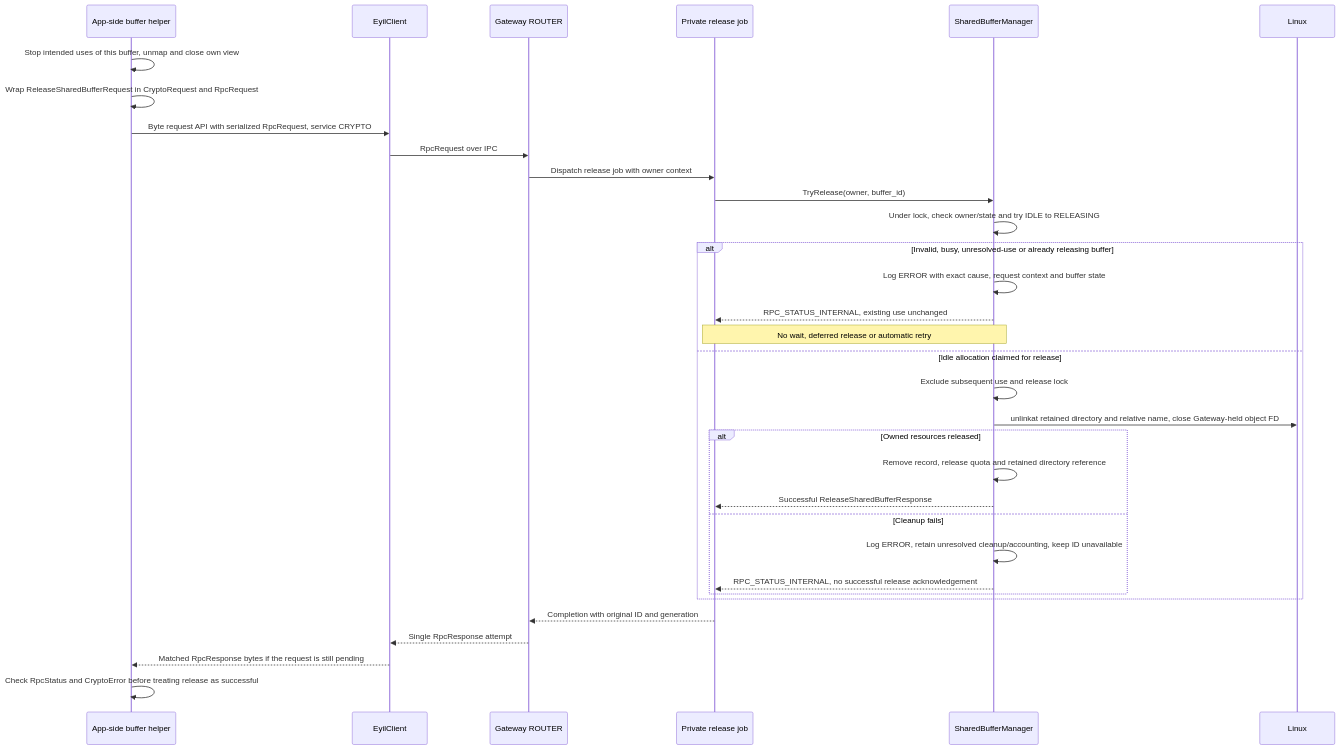
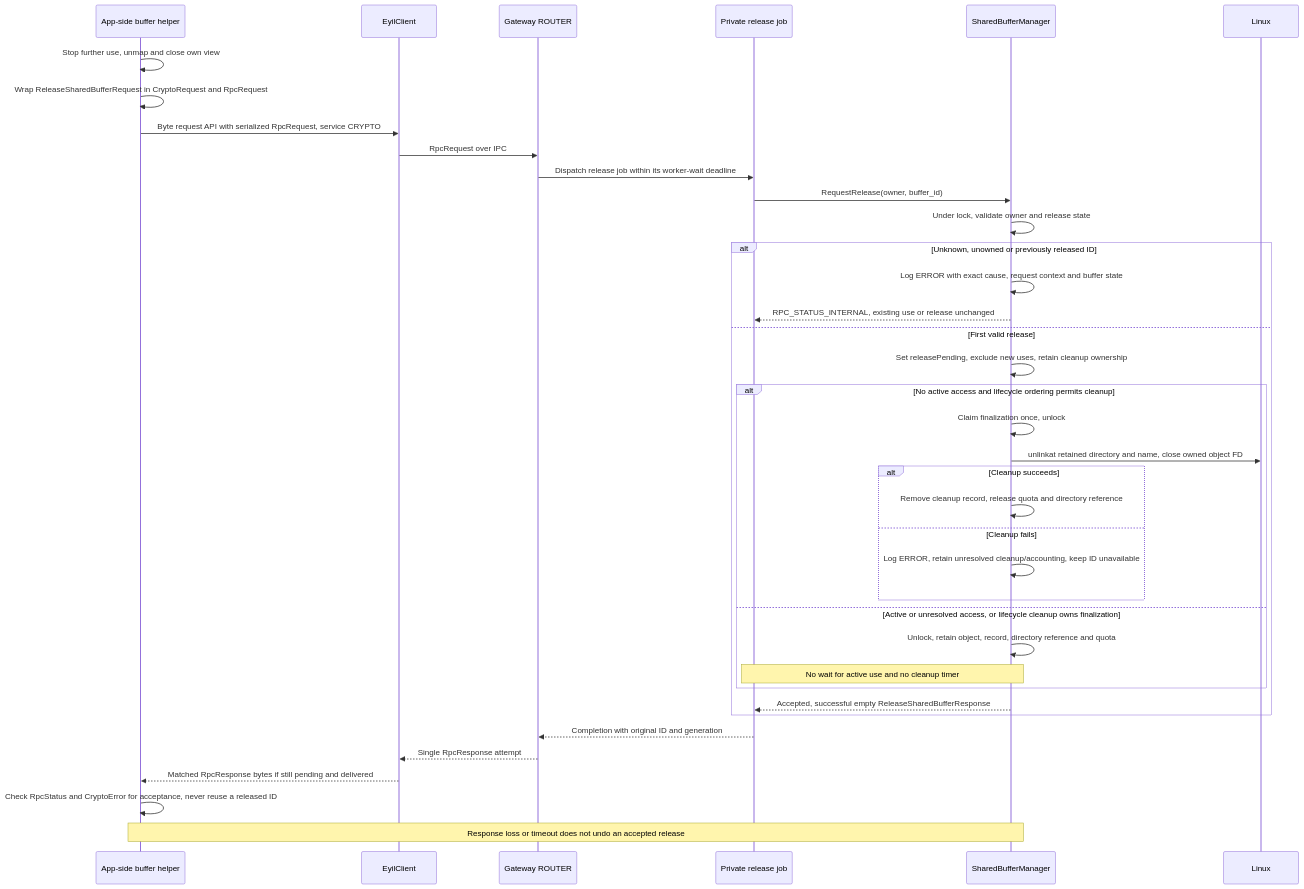
Diagram 27 of 37 in doc/EyilSecureGateway.md (rdkcentral/eyil-secure-gateway), drawn with Mermaid before and after one commit. The commit also changed other lines of this file, not shown here.

Commit message:
RDKEMW-27976: Alling shared buf handling with ACs

````diff
--- a/doc/EyilSecureGateway.md
+++ b/doc/EyilSecureGateway.md
@@ -3861,35 +3998,40 @@
 ```mermaid
 sequenceDiagram
     participant A as App-side buffer helper
     participant L as EyilClient
     participant R as Gateway ROUTER
     participant J as Private release job
     participant B as SharedBufferManager
     participant K as Linux
-    A->>A: Stop intended uses of this buffer, unmap and close own view
+    A->>A: Stop further use, unmap and close own view
     A->>A: Wrap ReleaseSharedBufferRequest in CryptoRequest and RpcRequest
     A->>L: Byte request API with serialized RpcRequest, service CRYPTO
     L->>R: RpcRequest over IPC
-    R->>J: Dispatch release job with owner context
-    J->>B: TryRelease(owner, buffer_id)
-    B->>B: Under lock, check owner/state and try IDLE to RELEASING
-    alt Invalid, busy, unresolved-use or already releasing buffer
+    R->>J: Dispatch release job within its worker-wait deadline
+    J->>B: RequestRelease(owner, buffer_id)
+    B->>B: Under lock, validate owner and release state
+    alt Unknown, unowned or previously released ID
         B->>B: Log ERROR with exact cause, request context and buffer state
-        B-->>J: RPC_STATUS_INTERNAL, existing use unchanged
-        Note over J,B: No wait, deferred release or automatic retry
-    else Idle allocation claimed for release
-        B->>B: Exclude subsequent use and release lock
-        B->>K: unlinkat retained directory and relative name, close Gateway-held object FD
-        alt Owned resources released
-            B->>B: Remove record, release quota and retained directory reference
-            B-->>J: Successful ReleaseSharedBufferResponse
-        else Cleanup fails
-            B->>B: Log ERROR, retain unresolved cleanup/accounting, keep ID unavailable
-            B-->>J: RPC_STATUS_INTERNAL, no successful release acknowledgement
+        B-->>J: RPC_STATUS_INTERNAL, existing use or release unchanged
+    else First valid release
+        B->>B: Set releasePending, exclude new uses, retain cleanup ownership
+        alt No active access and lifecycle ordering permits cleanup
+            B->>B: Claim finalization once, unlock
+            B->>K: unlinkat retained directory and name, close owned object FD
+            alt Cleanup succeeds
+                B->>B: Remove cleanup record, release quota and directory reference
+            else Cleanup fails
+                B->>B: Log ERROR, retain unresolved cleanup/accounting, keep ID unavailable
+            end
+        else Active or unresolved access, or lifecycle cleanup owns finalization
+            B->>B: Unlock, retain object, record, directory reference and quota
+            Note over J,B: No wait for active use and no cleanup timer
         end
+        B-->>J: Accepted, successful empty ReleaseSharedBufferResponse
     end
     J-->>R: Completion with original ID and generation
     R-->>L: Single RpcResponse attempt
-    L-->>A: Matched RpcResponse bytes if the request is still pending
-    A->>A: Check RpcStatus and CryptoError before treating release as successful
+    L-->>A: Matched RpcResponse bytes if still pending and delivered
+    A->>A: Check RpcStatus and CryptoError for acceptance, never reuse a released ID
+    Note over A,B: Response loss or timeout does not undo an accepted release
 ```
````
